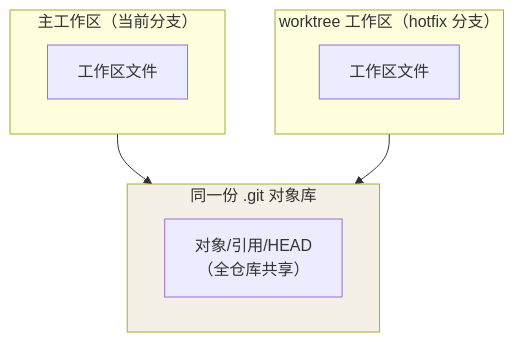
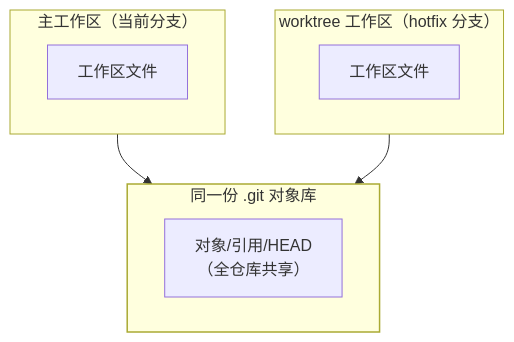
One commit to Loadhao/ascension changed the diagram in src/content/docs/git/advanced/workflow/02-advanced-tools.md. Above: the diagram before and after it, drawn with Mermaid. The commit also changed 87 other files, not shown here.

First line of the commit message:
fix: 全站图表配色改由主题接管，修复暗色主题下浅底浅字看不清

````diff
--- a/src/content/docs/git/advanced/workflow/02-advanced-tools.md
+++ b/src/content/docs/git/advanced/workflow/02-advanced-tools.md
@@ -35,15 +35,16 @@
 ```mermaid
 flowchart TB
     subgraph 主["主工作区（当前分支）"]
         M1["工作区文件"]
     end
     subgraph 挂["worktree 工作区（hotfix 分支）"]
         H1["工作区文件"]
     end
     subgraph 共享["同一份 .git 对象库"]
         G["对象/引用/HEAD<br/>（全仓库共享）"]
     end
     主 --> 共享
     挂 --> 共享
-    style 共享 fill:#f5f0e6
+    class 共享 hl
+    classDef hl stroke-width:1.5px
 ```
````
